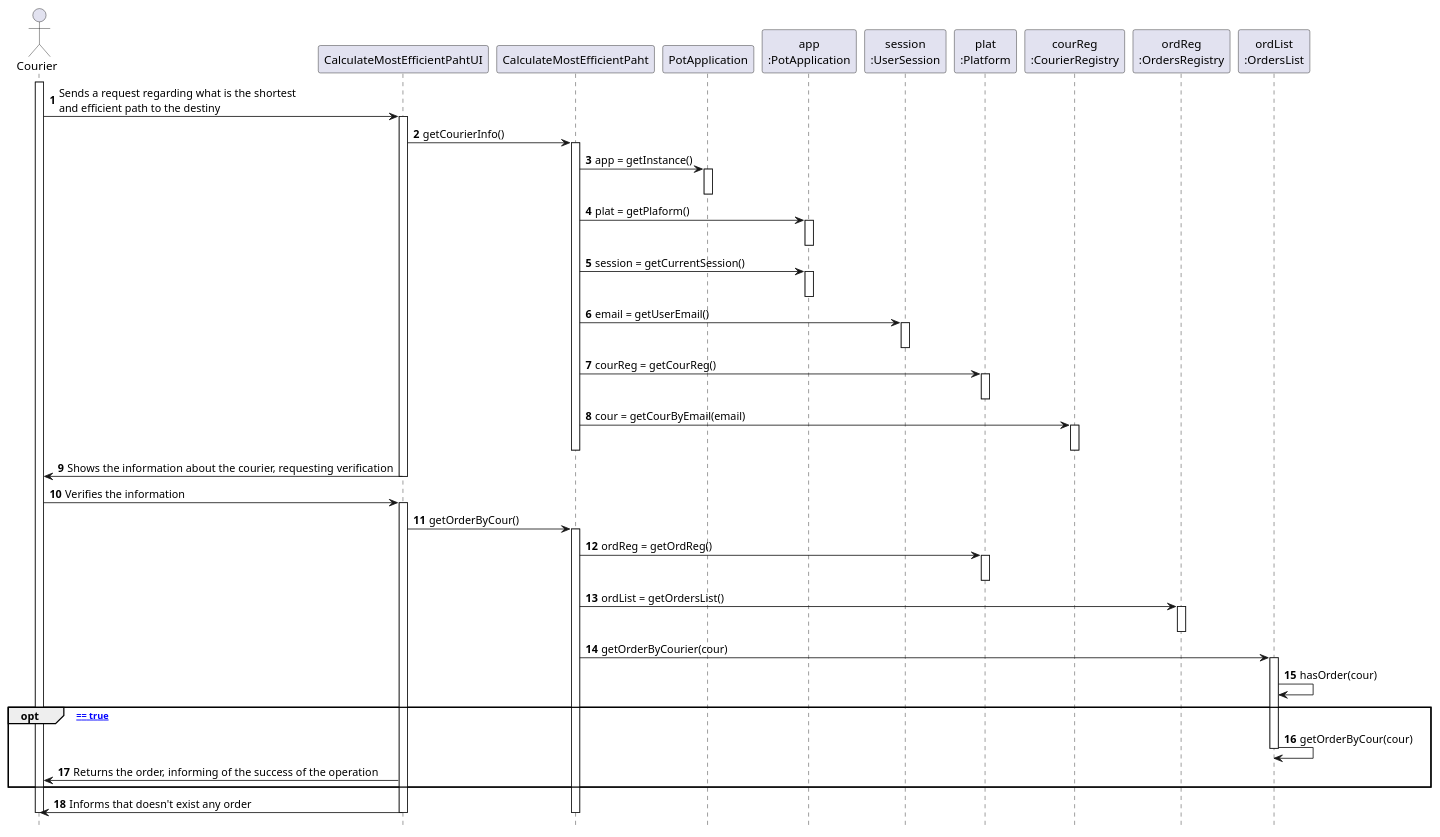
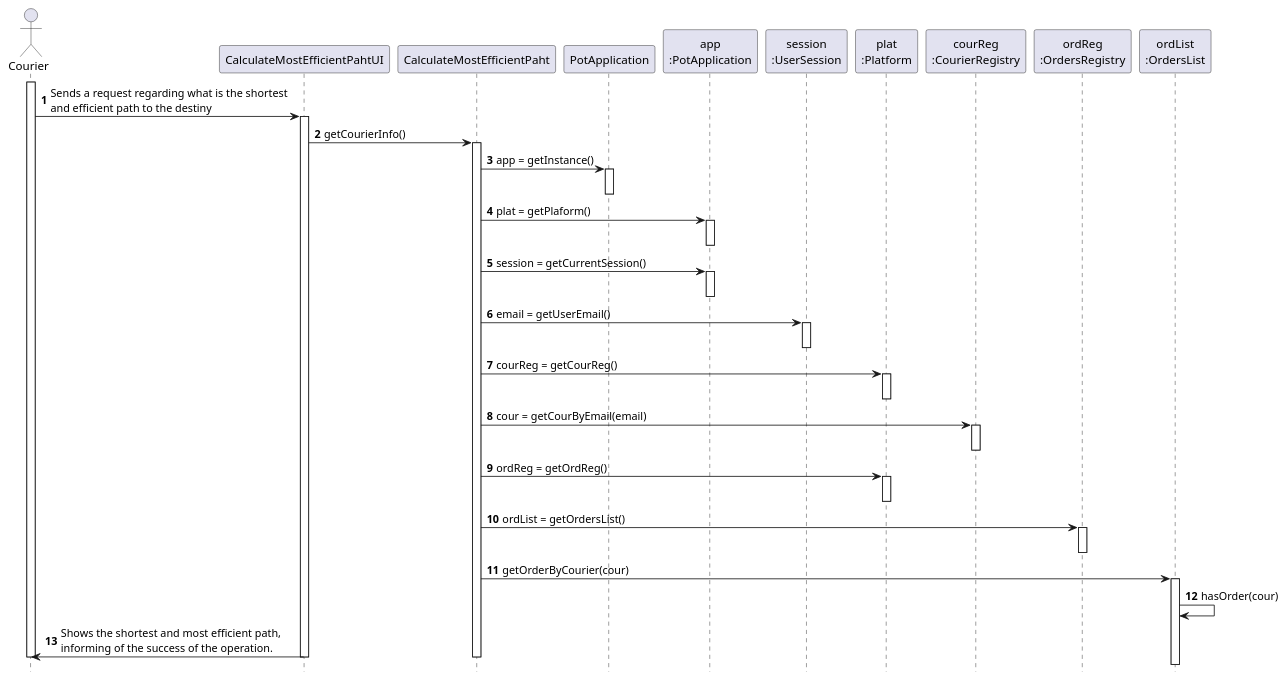
The diagram in docs/Iteration 1/Delivery Information/US23_CalculateMostEfficientPath/US23_SD.puml (tiagoavcosta25/LAPR3), drawn with PlantUML before and after one commit. The commit also changed 2 other files, not shown here.

```diff
--- a/docs/Iteration 1/Delivery Information/US23_CalculateMostEfficientPath/US23_SD.puml
+++ b/docs/Iteration 1/Delivery Information/US23_CalculateMostEfficientPath/US23_SD.puml
@@ -1,70 +1,58 @@
 @startuml
 autonumber
 hide footbox
 
 actor "Courier" as COUR
 
 participant "CalculateMostEfficientPahtUI" as UI
 participant "CalculateMostEfficientPaht" as CTRL
 participant "PotApplication" as _APP
 participant "app\n:PotApplication" as APP
 participant "session\n:UserSession" as SESSION
 participant "plat\n:Platform" as PLAT
 participant "courReg\n:CourierRegistry" as COURREG
 participant "ordReg\n:OrdersRegistry" as ORDREG
 participant "ordList\n:OrdersList" as ORDLIST
 
 activate COUR
 
 COUR -> UI : Sends a request regarding what is the shortest \nand efficient path to the destiny
 activate UI
 UI -> CTRL : getCourierInfo()
 activate CTRL
 CTRL -> _APP: app = getInstance()
 activate _APP
 deactivate _APP
 
 CTRL -> APP: plat = getPlaform()
 activate APP
 deactivate APP
 
 CTRL -> APP: session = getCurrentSession()
 activate APP
 deactivate APP
 
 CTRL -> SESSION: email = getUserEmail()
 activate SESSION
 deactivate SESSION
 CTRL -> PLAT : courReg = getCourReg()
 activate PLAT
 deactivate PLAT
 CTRL -> COURREG : cour = getCourByEmail(email)
 activate COURREG
 deactivate COURREG
-deactivate CTRL
-UI -> COUR : Shows the information about the courier, requesting verification
-deactivate UI
-COUR -> UI : Verifies the information
-activate UI
-UI -> CTRL : getOrderByCour()
-activate CTRL
 CTRL -> PLAT : ordReg = getOrdReg()
 activate PLAT
 deactivate PLAT
 CTRL -> ORDREG : ordList = getOrdersList()
 activate ORDREG
 deactivate ORDREG
 CTRL -> ORDLIST : getOrderByCourier(cour)
 activate ORDLIST
 ORDLIST -> ORDLIST : hasOrder(cour)
-opt [ hasOrder(cour) == true]
-ORDLIST -> ORDLIST : getOrderByCour(cour)
-deactivate ORDLIST
-UI -> COUR : Returns the order, informing of the success of the operation
-end opt
-UI -> COUR : Informs that doesn't exist any order
+UI -> COUR : Shows the shortest and most efficient path, \ninforming of the success of the operation.
 deactivate CTRL
 deactivate UI
 deactivate COUR
 
 @enduml
```
